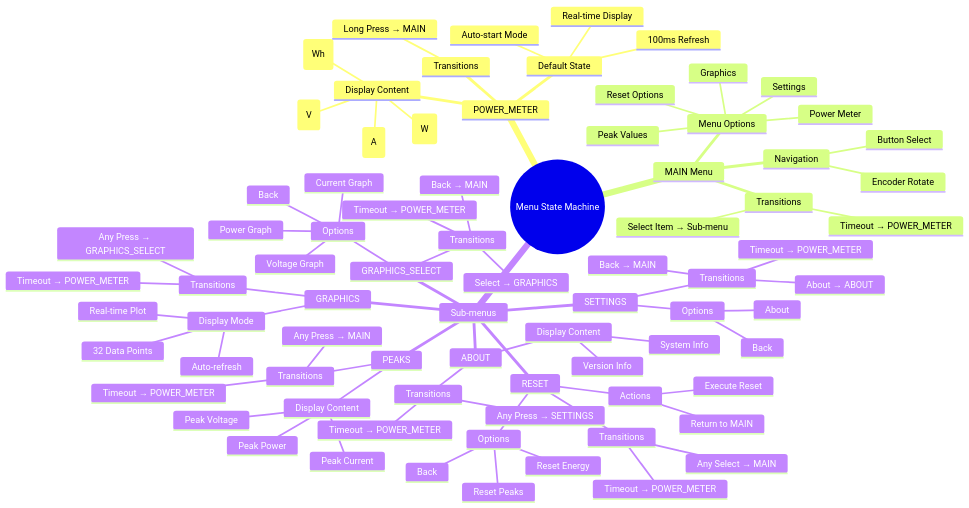
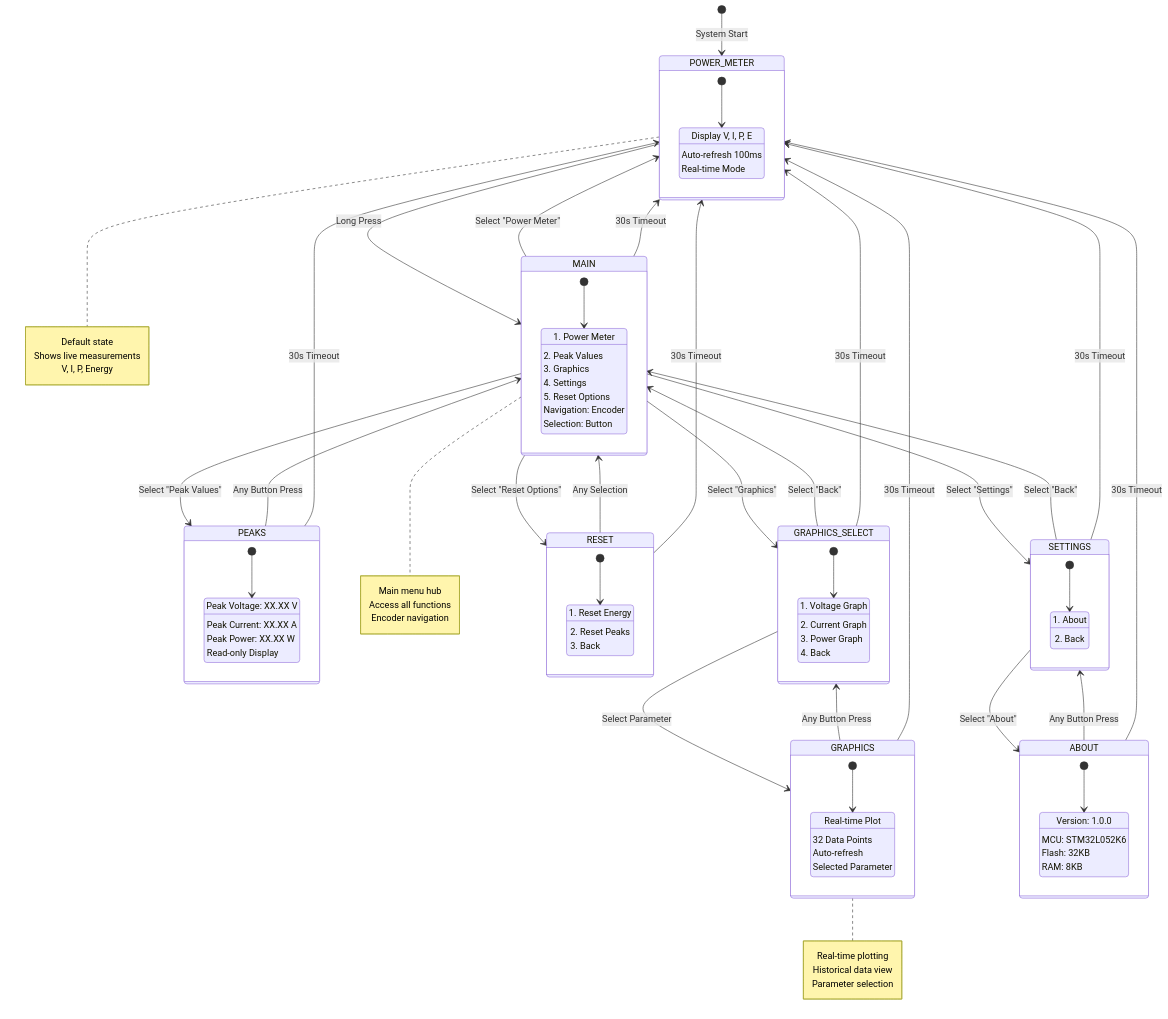
The fourth of 6 diagrams in docs/main_c_mermaid_mindmap.md (michaelawea/insa-ge-create-power-meter), drawn with Mermaid before and after one commit. The commit also changed other lines of this file, not shown here.

First line of the commit message:
Fix Mermaid syntax and improve architecture documentation

````diff
--- a/docs/main_c_mermaid_mindmap.md
+++ b/docs/main_c_mermaid_mindmap.md
@@ -315,89 +305,118 @@
 ```mermaid
-mindmap
-  root((Menu State Machine))
-    POWER_METER
-      Default State
-        Auto-start Mode
-        Real-time Display
-        100ms Refresh
-      Display Content
-        Voltage (V)
-        Current (A)
-        Power (W)
-        Energy (Wh)
-      Transitions
-        Long Press → MAIN
+stateDiagram-v2
+    [*] --> POWER_METER : System Start
     
-    MAIN Menu
-      Menu Options
-        Power Meter
-        Peak Values
-        Graphics
-        Settings
-        Reset Options
-      Navigation
-        Encoder Rotate
-        Button Select
-      Transitions
-        Select Item → Sub-menu
-        Timeout → POWER_METER
+    state POWER_METER {
+        [*] --> DisplayValues
+        DisplayValues : Display V, I, P, E
+        DisplayValues : Auto-refresh 100ms
+        DisplayValues : Real-time Mode
+    }
     
-    Sub-menus
-      PEAKS
-        Display Content
-          Peak Voltage
-          Peak Current
-          Peak Power
-        Transitions
-          Any Press → MAIN
-          Timeout → POWER_METER
-      
-      GRAPHICS_SELECT
-        Options
-          Voltage Graph
-          Current Graph
-          Power Graph
-          Back
-        Transitions
-          Select → GRAPHICS
-          Back → MAIN
-          Timeout → POWER_METER
-      
-      GRAPHICS
-        Display Mode
-          Real-time Plot
-          32 Data Points
-          Auto-refresh
-        Transitions
-          Any Press → GRAPHICS_SELECT
-          Timeout → POWER_METER
-      
-      SETTINGS
-        Options
-          About
-          Back
-        Transitions
-          About → ABOUT
-          Back → MAIN
-          Timeout → POWER_METER
-      
-      RESET
-        Options
-          Reset Energy
-          Reset Peaks
-          Back
-        Actions
-          Execute Reset
-          Return to MAIN
-        Transitions
-          Any Select → MAIN
-          Timeout → POWER_METER
-      
-      ABOUT
-        Display Content
-          Version Info
-          System Info
-        Transitions
-          Any Press → SETTINGS
-          Timeout → POWER_METER
+    state MAIN {
+        [*] --> ShowOptions
+        ShowOptions : 1. Power Meter
+        ShowOptions : 2. Peak Values
+        ShowOptions : 3. Graphics
+        ShowOptions : 4. Settings
+        ShowOptions : 5. Reset Options
+        ShowOptions : Navigation: Encoder
+        ShowOptions : Selection: Button
+    }
+    
+    state PEAKS {
+        [*] --> ShowPeaks
+        ShowPeaks : Peak Voltage: XX.XX V
+        ShowPeaks : Peak Current: XX.XX A  
+        ShowPeaks : Peak Power: XX.XX W
+        ShowPeaks : Read-only Display
+    }
+    
+    state GRAPHICS_SELECT {
+        [*] --> SelectParam
+        SelectParam : 1. Voltage Graph
+        SelectParam : 2. Current Graph
+        SelectParam : 3. Power Graph
+        SelectParam : 4. Back
+    }
+    
+    state GRAPHICS {
+        [*] --> ShowGraph
+        ShowGraph : Real-time Plot
+        ShowGraph : 32 Data Points
+        ShowGraph : Auto-refresh
+        ShowGraph : Selected Parameter
+    }
+    
+    state SETTINGS {
+        [*] --> ShowSettings
+        ShowSettings : 1. About
+        ShowSettings : 2. Back
+    }
+    
+    state RESET {
+        [*] --> ShowResetOptions
+        ShowResetOptions : 1. Reset Energy
+        ShowResetOptions : 2. Reset Peaks
+        ShowResetOptions : 3. Back
+    }
+    
+    state ABOUT {
+        [*] --> ShowInfo
+        ShowInfo : Version: 1.0.0
+        ShowInfo : MCU: STM32L052K6
+        ShowInfo : Flash: 32KB
+        ShowInfo : RAM: 8KB
+    }
+    
+    %% Transitions from POWER_METER
+    POWER_METER --> MAIN : Long Press
+    
+    %% Transitions from MAIN
+    MAIN --> POWER_METER : Select "Power Meter"
+    MAIN --> PEAKS : Select "Peak Values" 
+    MAIN --> GRAPHICS_SELECT : Select "Graphics"
+    MAIN --> SETTINGS : Select "Settings"
+    MAIN --> RESET : Select "Reset Options"
+    
+    %% Transitions from sub-menus back to MAIN
+    PEAKS --> MAIN : Any Button Press
+    GRAPHICS_SELECT --> MAIN : Select "Back"
+    SETTINGS --> MAIN : Select "Back"
+    RESET --> MAIN : Any Selection
+    
+    %% Graphics flow
+    GRAPHICS_SELECT --> GRAPHICS : Select Parameter
+    GRAPHICS --> GRAPHICS_SELECT : Any Button Press
+    
+    %% Settings flow
+    SETTINGS --> ABOUT : Select "About"
+    ABOUT --> SETTINGS : Any Button Press
+    
+    %% Timeout transitions (30s)
+    MAIN --> POWER_METER : 30s Timeout
+    PEAKS --> POWER_METER : 30s Timeout
+    GRAPHICS_SELECT --> POWER_METER : 30s Timeout
+    GRAPHICS --> POWER_METER : 30s Timeout
+    SETTINGS --> POWER_METER : 30s Timeout
+    RESET --> POWER_METER : 30s Timeout
+    ABOUT --> POWER_METER : 30s Timeout
+    
+    note right of POWER_METER
+        Default state
+        Shows live measurements
+        V, I, P, Energy
+    end note
+    
+    note right of MAIN
+        Main menu hub
+        Access all functions
+        Encoder navigation
+    end note
+    
+    note right of GRAPHICS
+        Real-time plotting
+        Historical data view
+        Parameter selection
+    end note
 ```
````
